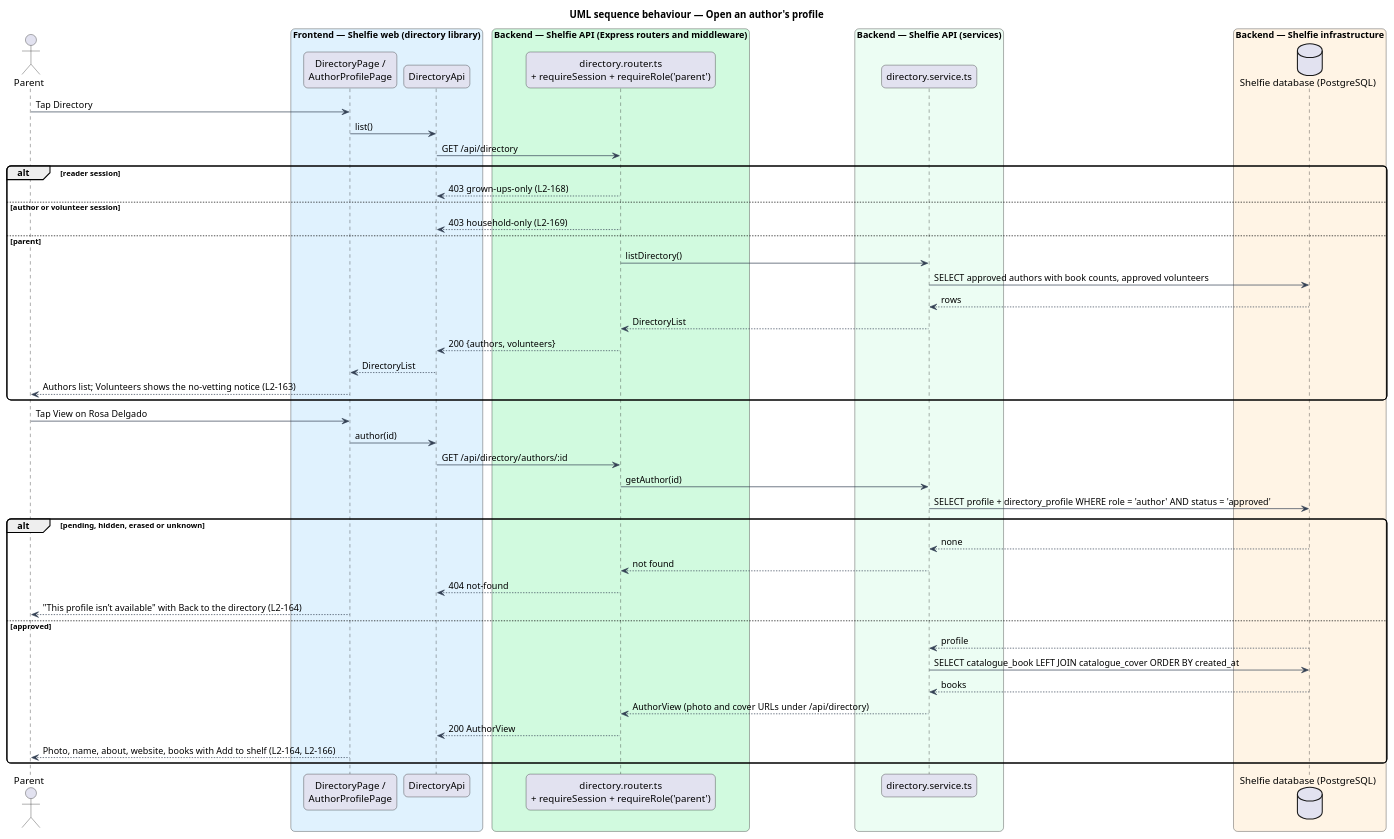
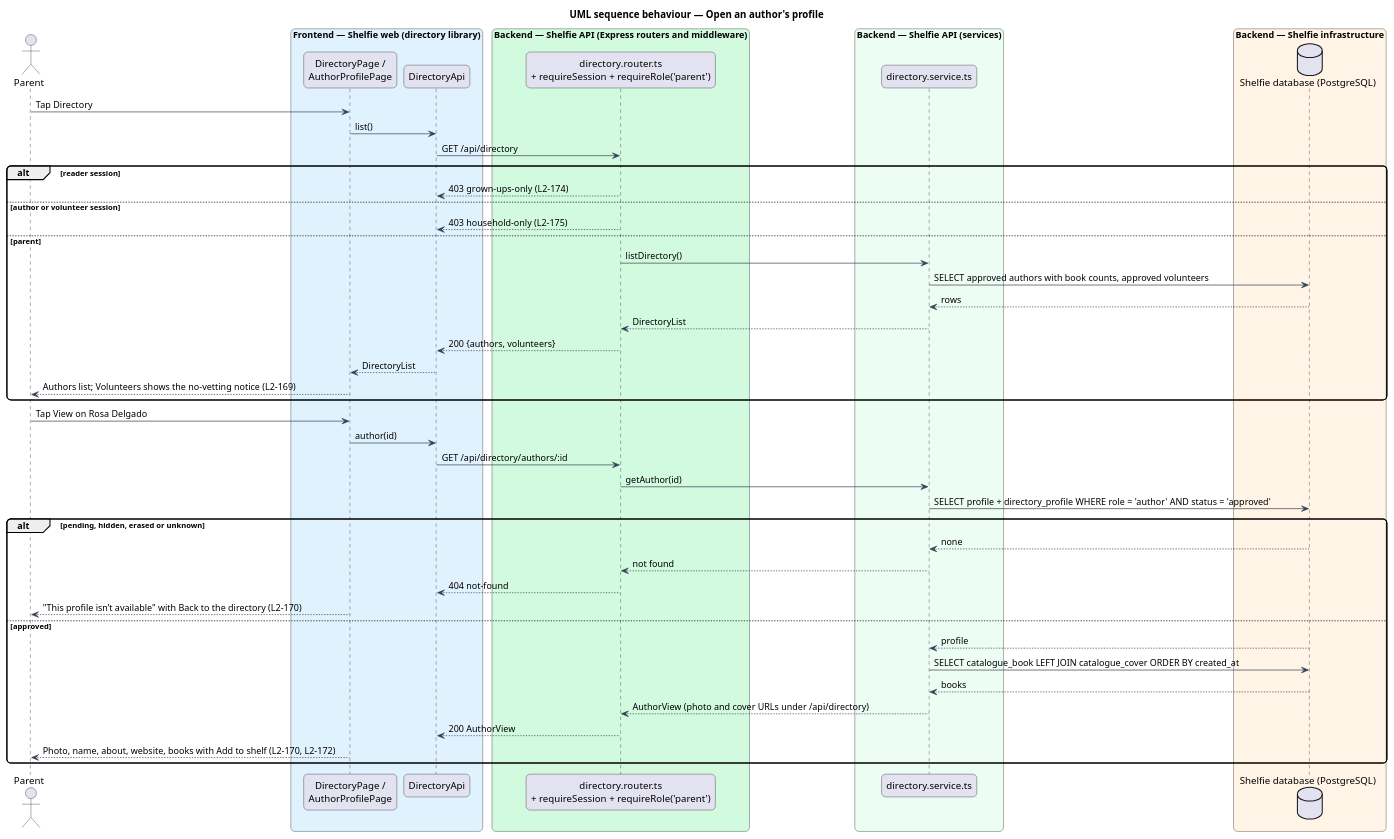
Before and after one commit to QuinntyneBrown/shelfie: the diagram in docs/detailed-designs/directory/browse-directory/diagrams/sequence-open-author.puml, drawn with PlantUML. The commit also changed 125 other files, not shown here.

```diff
--- a/docs/detailed-designs/directory/browse-directory/diagrams/sequence-open-author.puml
+++ b/docs/detailed-designs/directory/browse-directory/diagrams/sequence-open-author.puml
@@ -1,57 +1,57 @@
 @startuml
 title UML sequence behaviour — Open an author's profile
 skinparam backgroundColor #FFFFFF
 skinparam shadowing false
 skinparam roundcorner 12
 skinparam defaultFontName Arial
 skinparam ArrowColor #344054
 actor "Parent" as parent
 box "Frontend — Shelfie web (directory library)" #E0F2FE
   participant "DirectoryPage /\nAuthorProfilePage" as page
   participant "DirectoryApi" as client
 end box
 box "Backend — Shelfie API (Express routers and middleware)" #D1FADF
   participant "directory.router.ts\n+ requireSession + requireRole('parent')" as router
 end box
 box "Backend — Shelfie API (services)" #ECFDF3
   participant "directory.service.ts" as service
 end box
 box "Backend — Shelfie infrastructure" #FFF4E5
   database "Shelfie database (PostgreSQL)" as db
 end box
 
 parent -> page : Tap Directory
 page -> client : list()
 client -> router : GET /api/directory
 alt reader session
-  router --> client : 403 grown-ups-only (L2-168)
+  router --> client : 403 grown-ups-only (L2-174)
 else author or volunteer session
-  router --> client : 403 household-only (L2-169)
+  router --> client : 403 household-only (L2-175)
 else parent
   router -> service : listDirectory()
   service -> db : SELECT approved authors with book counts, approved volunteers
   db --> service : rows
   service --> router : DirectoryList
   router --> client : 200 {authors, volunteers}
   client --> page : DirectoryList
-  page --> parent : Authors list; Volunteers shows the no-vetting notice (L2-163)
+  page --> parent : Authors list; Volunteers shows the no-vetting notice (L2-169)
 end
 parent -> page : Tap View on Rosa Delgado
 page -> client : author(id)
 client -> router : GET /api/directory/authors/:id
 router -> service : getAuthor(id)
 service -> db : SELECT profile + directory_profile WHERE role = 'author' AND status = 'approved'
 alt pending, hidden, erased or unknown
   db --> service : none
   service --> router : not found
   router --> client : 404 not-found
-  page --> parent : "This profile isn’t available" with Back to the directory (L2-164)
+  page --> parent : "This profile isn’t available" with Back to the directory (L2-170)
 else approved
   db --> service : profile
   service -> db : SELECT catalogue_book LEFT JOIN catalogue_cover ORDER BY created_at
   db --> service : books
   service --> router : AuthorView (photo and cover URLs under /api/directory)
   router --> client : 200 AuthorView
-  page --> parent : Photo, name, about, website, books with Add to shelf (L2-164, L2-166)
+  page --> parent : Photo, name, about, website, books with Add to shelf (L2-170, L2-172)
 end
 @enduml
```
